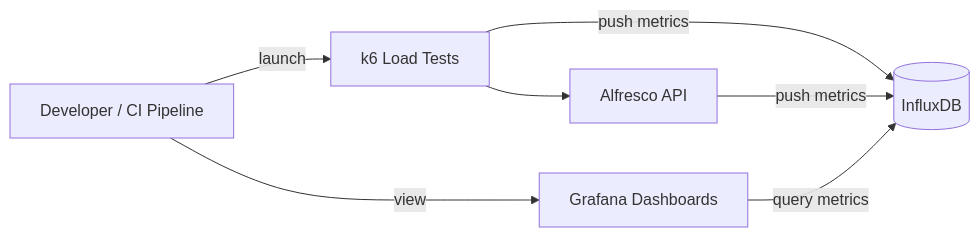
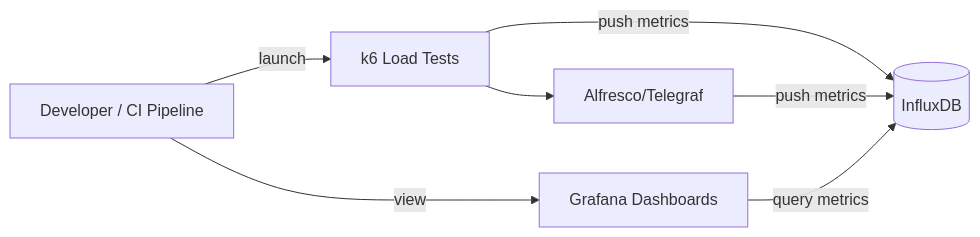
One commit to gionn/shift-left-perf-testing changed the third of 5 diagrams in slides.md. Above: the diagram before and after it, drawn with Mermaid. The commit also changed other lines of this file, not shown here.

````diff
--- a/slides.md
+++ b/slides.md
@@ -188,9 +189,9 @@
 ```mermaid
 flowchart LR
   A[Developer / CI Pipeline] --launch--> B[k6 Load Tests]
-  B --> C[Alfresco API]
+  B --> C[Alfresco/Telegraf]
   B --push metrics--> D[(InfluxDB)]
   C --push metrics--> D
   E[Grafana Dashboards] --query metrics--> D
   A --view--> E
 ```
````
